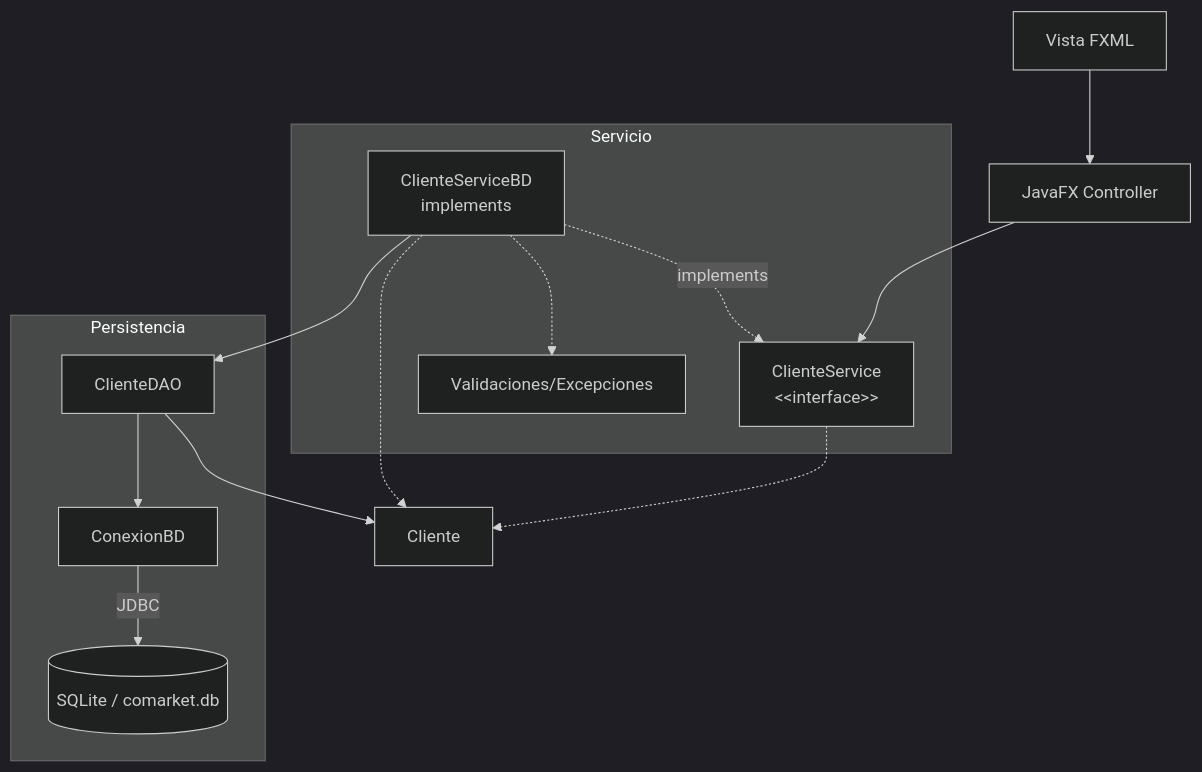
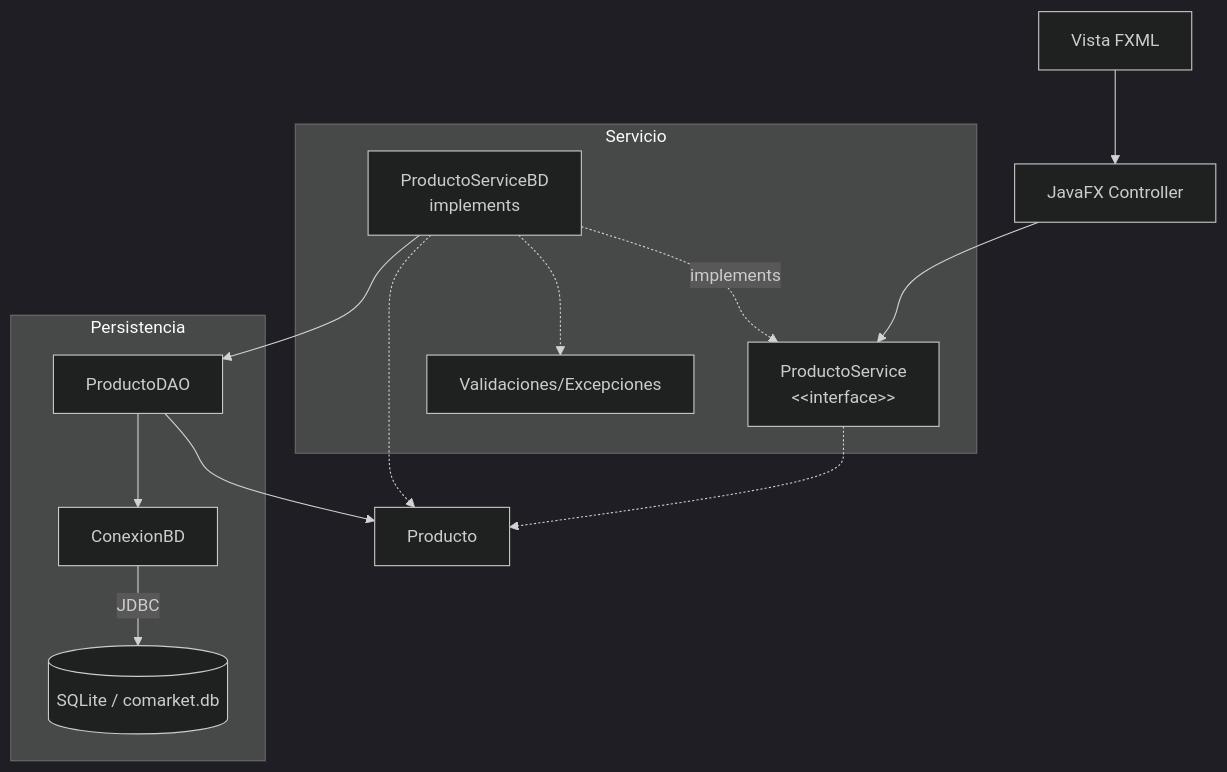
The diagram in docs/S09_Arquitectura_Persistencia.md (262poo/comarket), drawn with Mermaid (dark theme) before and after one commit. The commit also changed other lines of this file and 12 other files, not shown here.

````diff
--- a/docs/S09_Arquitectura_Persistencia.md
+++ b/docs/S09_Arquitectura_Persistencia.md
@@ -62,30 +62,30 @@
 ```mermaid
 flowchart TB
     Vista["Vista FXML"]
     Controlador["JavaFX Controller"]
 
     subgraph Servicio["Servicio"]
-        Contrato["ClienteService<br/>&lt;&lt;interface&gt;&gt;"]
-        Implementación["ClienteServiceBD<br/>implements"]
+        Contrato["ProductoService<br/>&lt;&lt;interface&gt;&gt;"]
+        Implementacion["ProductoServiceBD<br/>implements"]
         Validaciones["Validaciones/Excepciones"]
     end
 
-    Entidades["Cliente"]
+    Entidades["Producto"]
 
     subgraph Persistencia["Persistencia"]
-        DAO["ClienteDAO"]
+        DAO["ProductoDAO"]
         Conexion["ConexionBD"]
         SQLite[("SQLite / comarket.db")]
     end
 
     Vista --> Controlador
     Controlador --> Contrato
-    Implementación -. implements .-> Contrato
+    Implementacion -. implements .-> Contrato
     Contrato -.-> Entidades
-    Implementación -.-> Entidades
-    Implementación --> DAO
-    Implementación -.-> Validaciones
+    Implementacion -.-> Entidades
+    Implementacion --> DAO
+    Implementacion -.-> Validaciones
     DAO --> Entidades
     DAO --> Conexion
     Conexion -->|"JDBC"| SQLite
 ```
````
